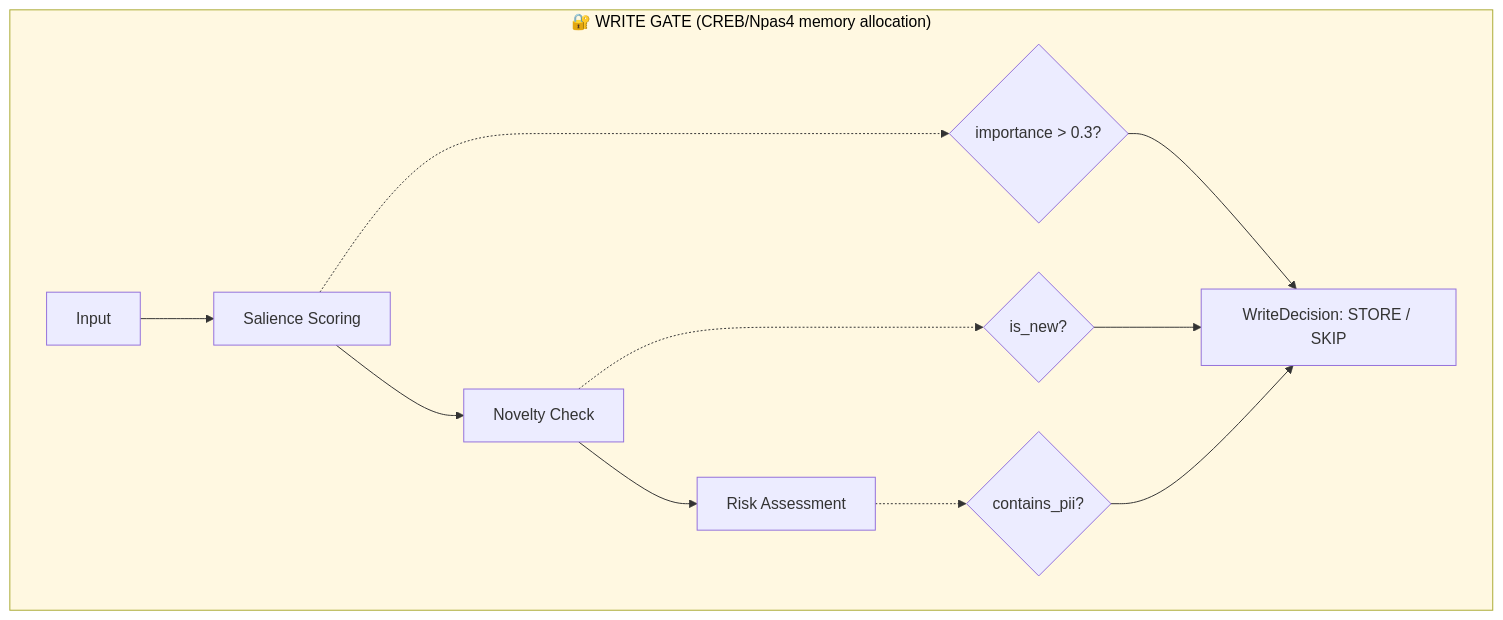
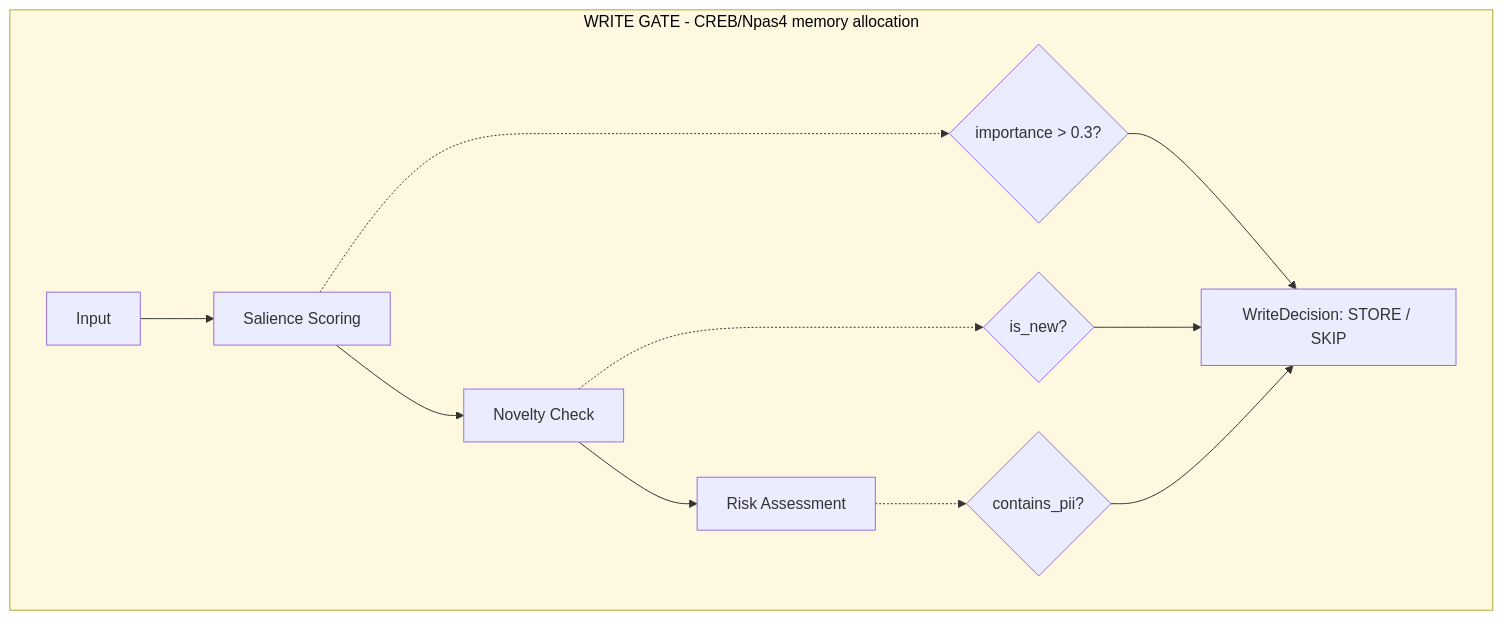
Before and after one commit to avinash-mall/CognitiveMemoryLayer: the third of 9 diagrams in README.md, drawn with Mermaid. The commit also changed other lines of this file and 2 other files, not shown here.

````diff
--- a/README.md
+++ b/README.md
@@ -210,15 +206,15 @@
 ```mermaid
 flowchart TB
-    subgraph WG["🔐 WRITE GATE (CREB/Npas4 memory allocation)"]
+    subgraph WG["WRITE GATE - CREB/Npas4 memory allocation"]
         input2["Input"] --> salience["Salience Scoring"]
         salience --> novelty["Novelty Check"]
         novelty --> risk["Risk Assessment"]
         
         salience -.-> q1{"importance > 0.3?"}
         novelty -.-> q2{"is_new?"}
         risk -.-> q3{"contains_pii?"}
         
         q1 & q2 & q3 --> decision["WriteDecision: STORE / SKIP"]
     end
     style WG fill:#fff8e1,color:#000
 ```
````
